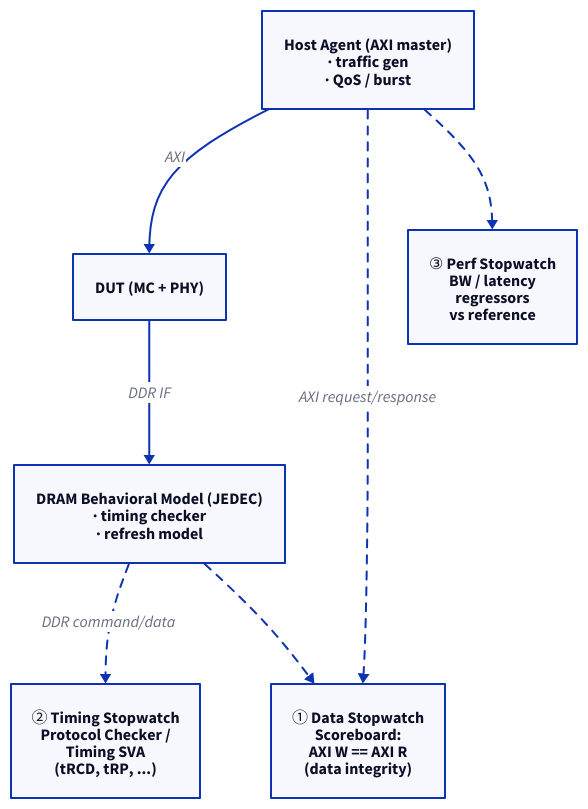
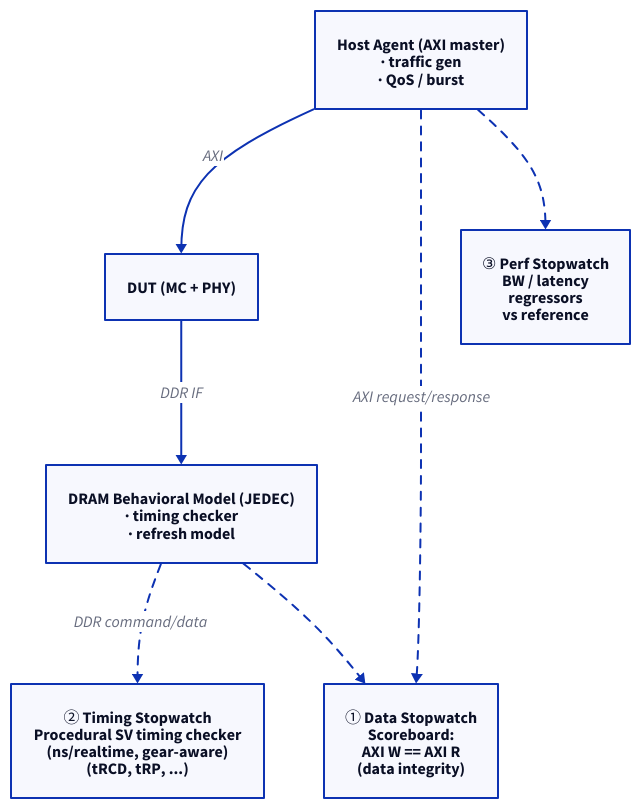
One commit to humbleowl39/DV_SKOOL changed the first of 3 diagrams in starlight_site/src/content/docs/dram_ddr/04_dram_dv_methodology.md. Above: the diagram before and after it, drawn with D2. The commit also changed other lines of this file and 5 other files, not shown here.

First line of the commit message:
docs(dram): LPDDR5-only reframe of DRAM/DDR course + procedural-SV timing + DFI

````diff
--- a/starlight_site/src/content/docs/dram_ddr/04_dram_dv_methodology.md
+++ b/starlight_site/src/content/docs/dram_ddr/04_dram_dv_methodology.md
@@ -47,16 +47,16 @@
 ```d2
 direction: down
 
 DUT: "DUT (MC + PHY)"
 HOST: "Host Agent (AXI master)\n· traffic gen\n· QoS / burst"
 MODEL: "DRAM Behavioral Model (JEDEC)\n· timing checker\n· refresh model"
 SB1: "① Data Stopwatch\nScoreboard:\nAXI W == AXI R\n(data integrity)"
-SB2: "② Timing Stopwatch\nProtocol Checker /\nTiming SVA\n(tRCD, tRP, ...)"
+SB2: "② Timing Stopwatch\nProcedural SV timing checker\n(ns/realtime, gear-aware)\n(tRCD, tRP, ...)"
 SB3: "③ Perf Stopwatch\nBW / latency\nregressors\nvs reference"
 HOST -> DUT: "AXI"
 DUT -> MODEL: "DDR IF"
 HOST -> SB1: "AXI request/response" { style.stroke-dash: 4 }
 HOST -> SB3: "" { style.stroke-dash: 4 }
 MODEL -> SB2: "DDR command/data" { style.stroke-dash: 4 }
 MODEL -> SB1: "" { style.stroke-dash: 4 }
 ```
````
